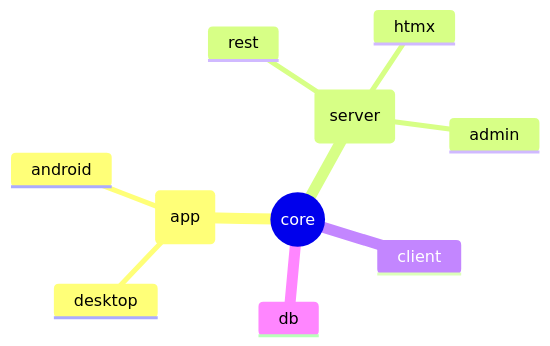
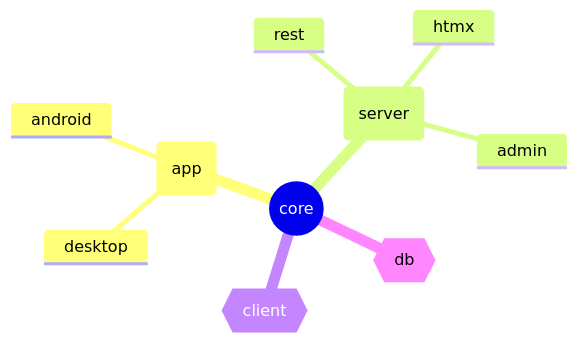
Before and after one commit to bjhham/ktor-chat: the diagram in README.md, drawn with Mermaid.

Commit message:
More shapes

````diff
--- a/README.md
+++ b/README.md
@@ -27,13 +27,13 @@
 ```mermaid
 mindmap
   root((core))
     id(app)
       desktop
       android
     id(server)
       rest
       htmx
       admin
-    client
-    db
+    id{{client}}
+    id{{db}}
 ```
````
